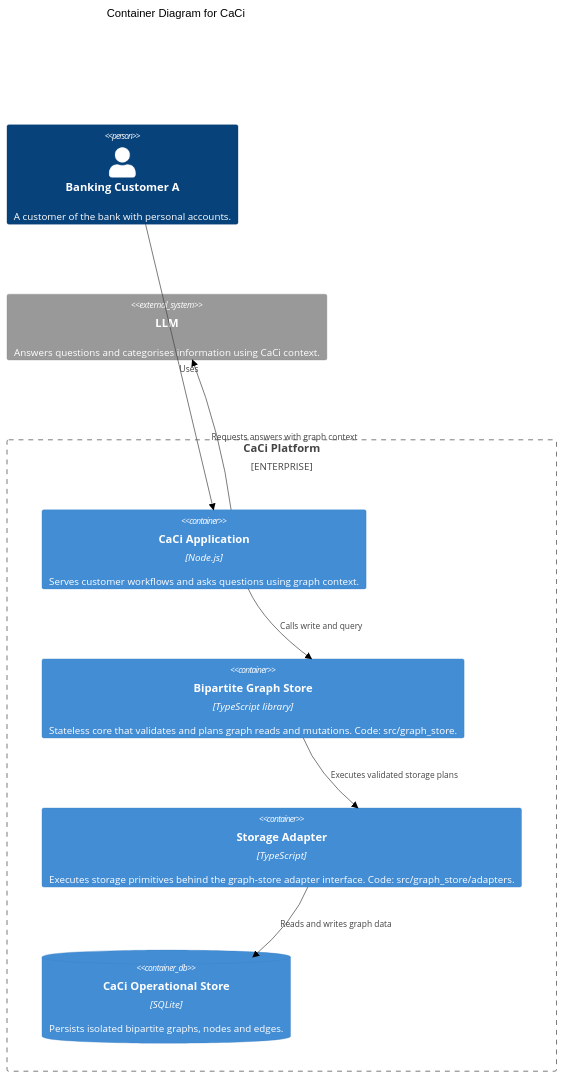
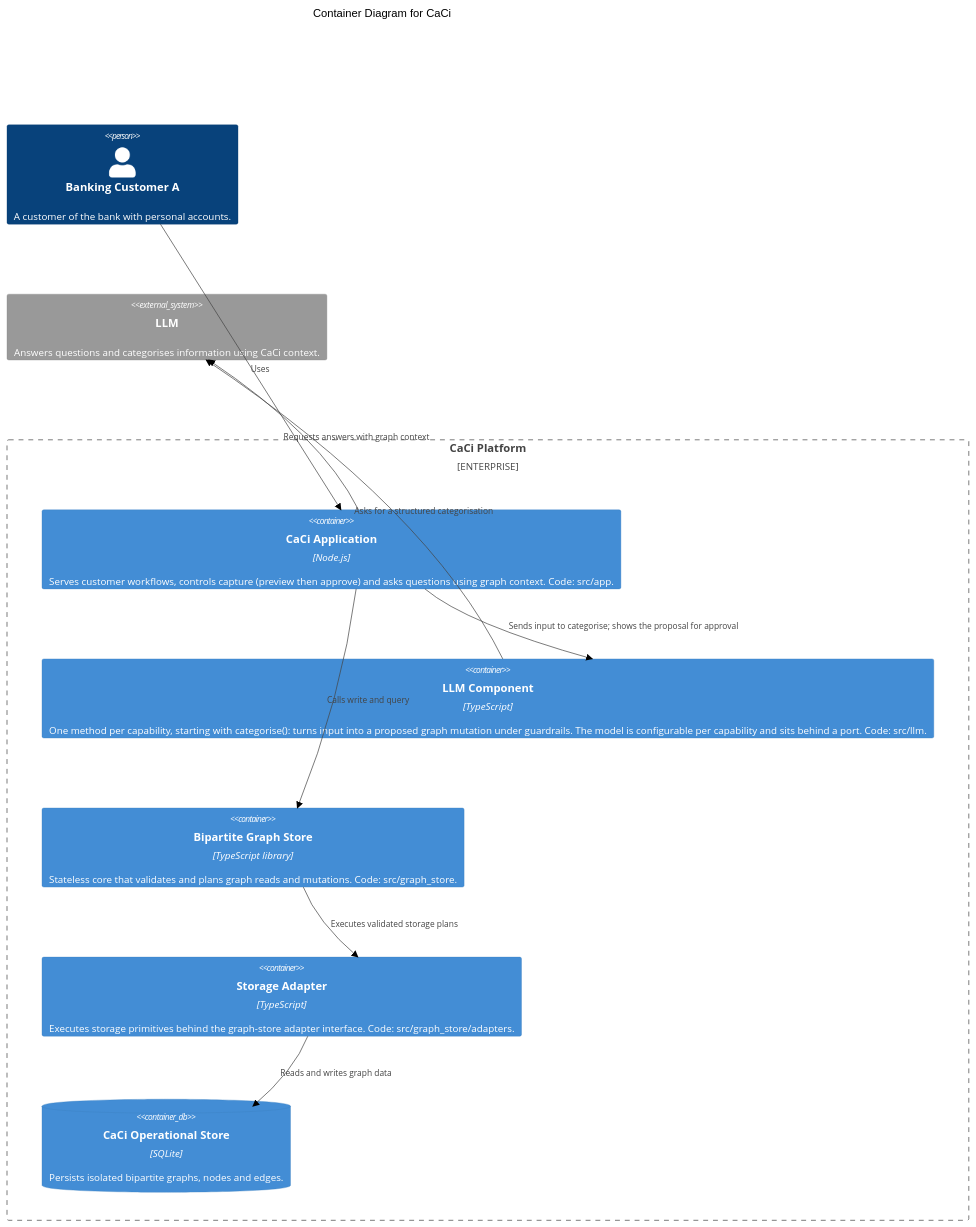
Before and after one commit to andymonis/caci: the diagram in architecture/container.mmd, drawn with Mermaid (forest theme). The commit also changed 3 other files, not shown here.

First line of the commit message:
docs: plan M4a reads, the LLM component, controller and LLM lab

```diff
--- a/architecture/container.mmd
+++ b/architecture/container.mmd
@@ -1,20 +1,23 @@
 C4Container
     title Container Diagram for CaCi
 
     Person(customerA, "Banking Customer A", "A customer of the bank with personal accounts.")
     System_Ext(System_llm, "LLM", "Answers questions and categorises information using CaCi context.")
 
     Enterprise_Boundary(caci_platform, "CaCi Platform") {
-        Container(caci_app, "CaCi Application", "Node.js", "Serves customer workflows and asks questions using graph context.")
+        Container(caci_app, "CaCi Application", "Node.js", "Serves customer workflows, controls capture (preview then approve) and asks questions using graph context. Code: src/app.")
+        Container(llm_adapter, "LLM Component", "TypeScript", "One method per capability, starting with categorise(): turns input into a proposed graph mutation under guardrails. The model is configurable per capability and sits behind a port. Code: src/llm.")
         Container(graph_store, "Bipartite Graph Store", "TypeScript library", "Stateless core that validates and plans graph reads and mutations. Code: src/graph_store.")
         Container(storage_adapter, "Storage Adapter", "TypeScript", "Executes storage primitives behind the graph-store adapter interface. Code: src/graph_store/adapters.")
         ContainerDb(caci_db, "CaCi Operational Store", "SQLite", "Persists isolated bipartite graphs, nodes and edges.")
     }
 
     Rel(customerA, caci_app, "Uses")
+    Rel(caci_app, llm_adapter, "Sends input to categorise; shows the proposal for approval")
+    Rel(llm_adapter, System_llm, "Asks for a structured categorisation")
     Rel(caci_app, graph_store, "Calls write and query")
     Rel(caci_app, System_llm, "Requests answers with graph context")
     Rel(graph_store, storage_adapter, "Executes validated storage plans")
     Rel(storage_adapter, caci_db, "Reads and writes graph data")
 
     UpdateLayoutConfig($c4ShapeInRow="2", $c4BoundaryInRow="1")
```
